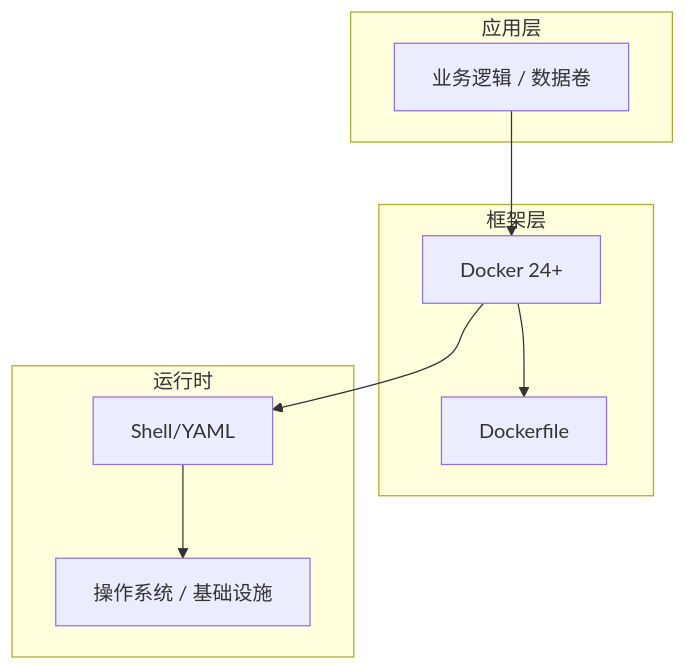
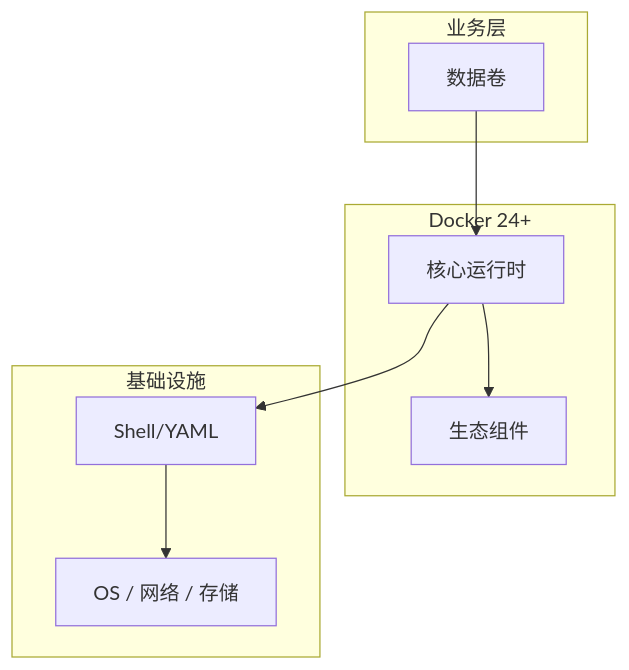
The diagram in articles/Docker/chapters/043-数据卷核心概念与原理.md (yanggan2015/knowledge-json-v2), drawn with Mermaid before and after one commit. The commit also changed other lines of this file and 10127 other files, not shown here.

````diff
--- a/articles/Docker/chapters/043-数据卷核心概念与原理.md
+++ b/articles/Docker/chapters/043-数据卷核心概念与原理.md
@@ -45,18 +34,18 @@
 ```mermaid
 graph TB
-    subgraph 应用层
-        A[业务逻辑 / 数据卷]
+    subgraph 业务层
+        A[数据卷]
     end
-    subgraph 框架层
-        B[Docker 24+]
-        C[Dockerfile]
+    subgraph Docker 24+
+        B[核心运行时]
+        C[生态组件]
     end
-    subgraph 运行时
+    subgraph 基础设施
         D[Shell/YAML]
-        E[操作系统 / 基础设施]
+        E[OS / 网络 / 存储]
     end
     A --> B
     B --> C
     B --> D
     D --> E
 ```
````
